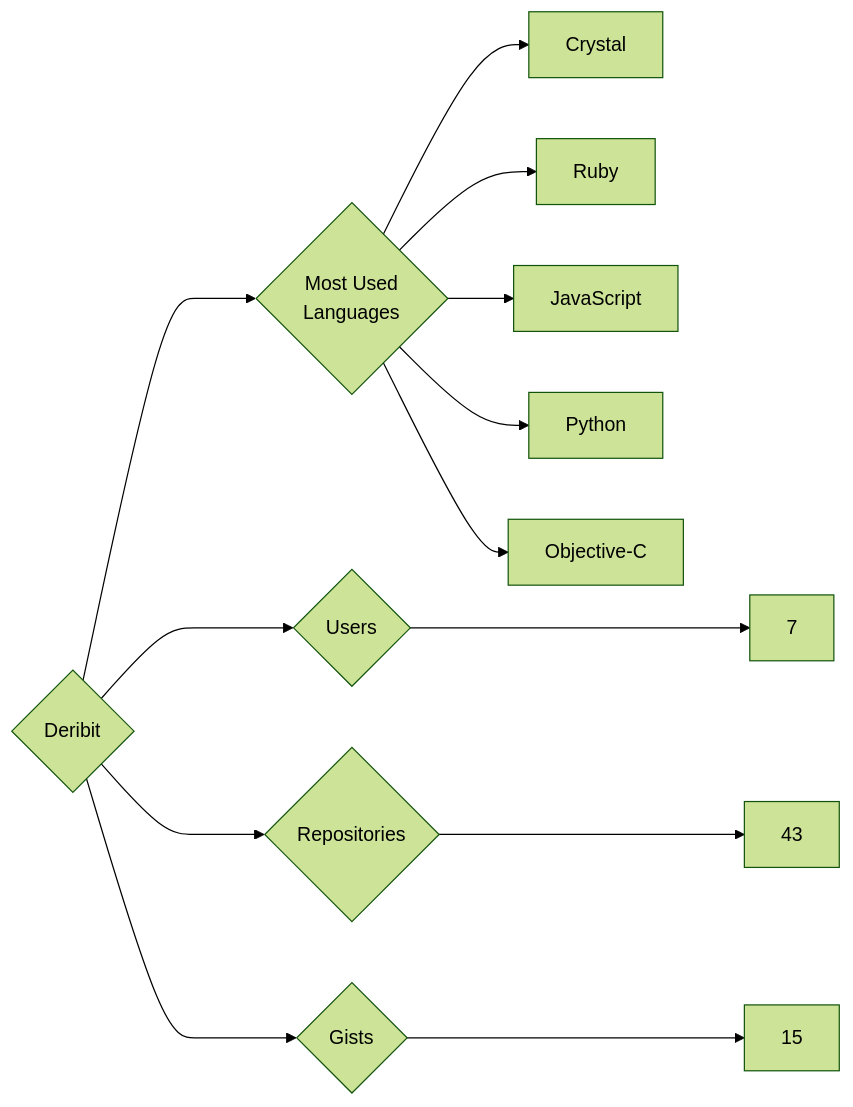
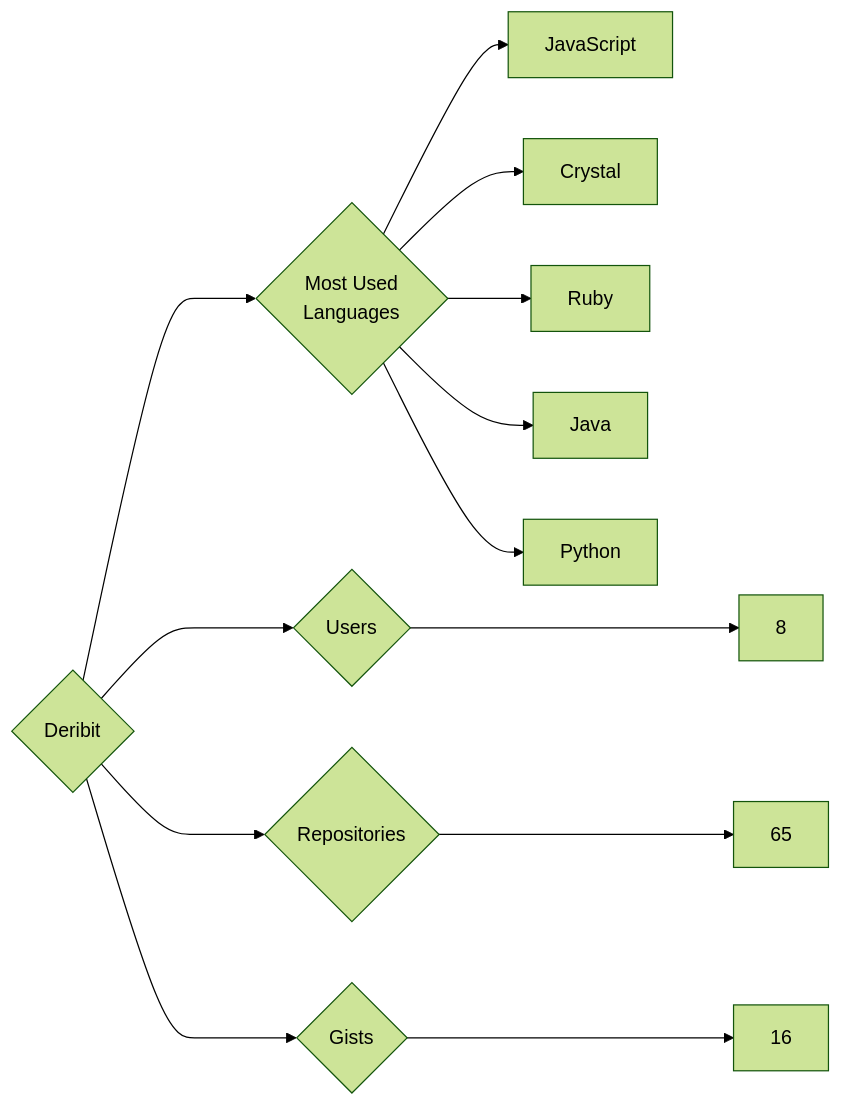
One commit to trickest/insiders changed the diagram in targets/Deribit/README.md. Above: the diagram before and after it, drawn with Mermaid (forest theme). The commit also changed 622 other files, not shown here.

````diff
--- a/targets/Deribit/README.md
+++ b/targets/Deribit/README.md
@@ -3,13 +3,13 @@
 ```mermaid
 graph LR
 COMPANY_NAME{Deribit}
-COMPANY_NAME ---> U{Users} ---> UN[7]
-COMPANY_NAME ---> R{Repositories} ---> RN[43]
-COMPANY_NAME ---> G{Gists} ---> GN[15]
+COMPANY_NAME ---> U{Users} ---> UN[8]
+COMPANY_NAME ---> R{Repositories} ---> RN[65]
+COMPANY_NAME ---> G{Gists} ---> GN[16]
 COMPANY_NAME ---> ML{Most Used<br>Languages}
+ML --> JavaScript[JavaScript]
 ML --> Crystal[Crystal]
 ML --> Ruby[Ruby]
-ML --> JavaScript[JavaScript]
+ML --> Java[Java]
 ML --> Python[Python]
-ML --> Objective-C[Objective-C]
 ```
````
